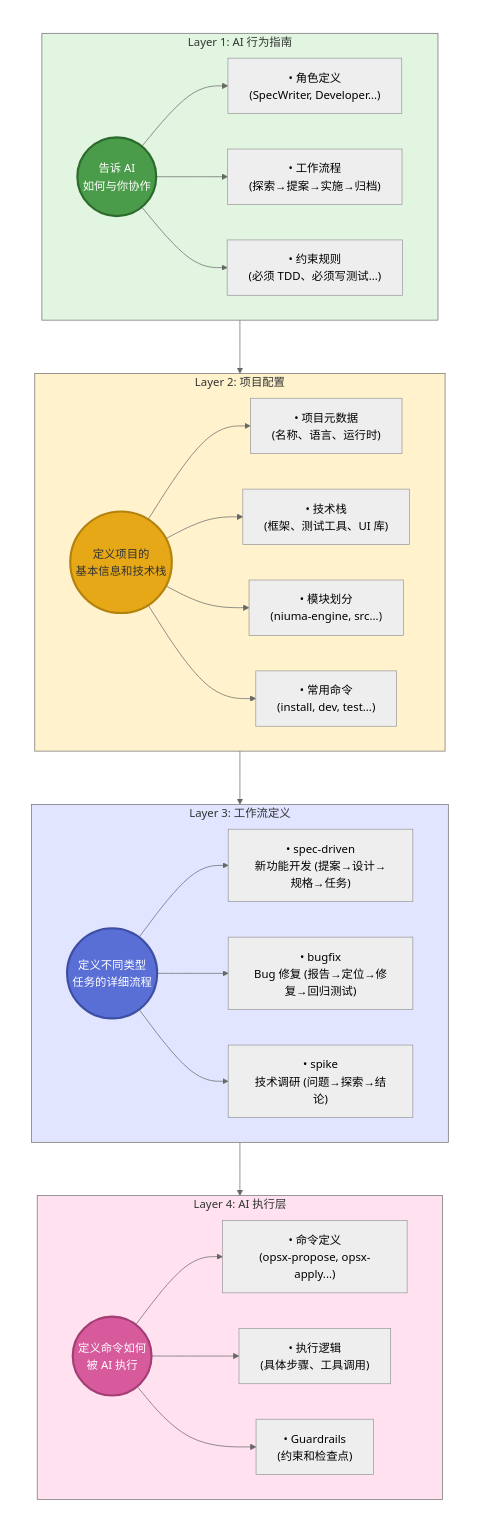
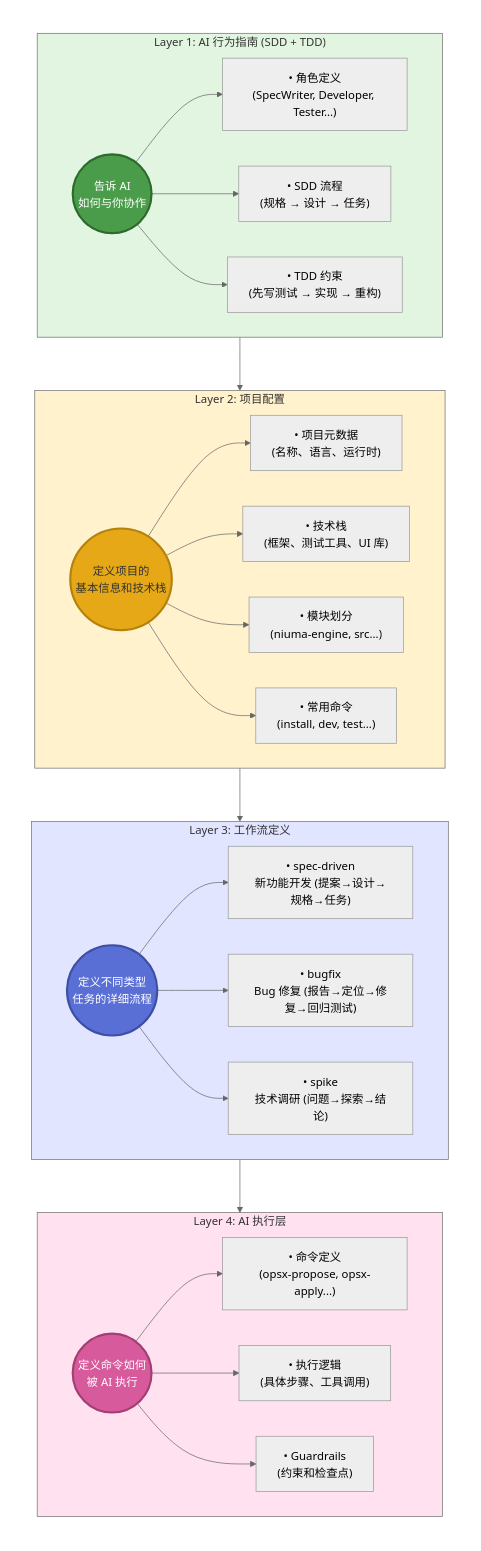
Before and after one commit to lihaizhong/communism: the first of 2 diagrams in openspec-opc/README.md, drawn with Mermaid (neutral theme). The commit also changed other lines of this file, not shown here.

First line of the commit message:
docs: 明确说明 SDD + TDD 方法论

````diff
--- a/openspec-opc/README.md
+++ b/openspec-opc/README.md
@@ -35,51 +52,51 @@
 ```mermaid
 flowchart TB
     subgraph Wrapper[" "]
         direction TB
 
-        subgraph Layer1["Layer 1: AI 行为指南"]
+        subgraph Layer1["Layer 1: AI 行为指南 (SDD + TDD)"]
             L1A(("告诉 AI<br/>如何与你协作"))
-            L1A --> L1B["• 角色定义<br/>(SpecWriter, Developer...)"]
-            L1A --> L1C["• 工作流程<br/>(探索→提案→实施→归档)"]
-            L1A --> L1D["• 约束规则<br/>(必须 TDD、必须写测试...)"]
+            L1A --> L1B["• 角色定义<br/>(SpecWriter, Developer, Tester...)"]
+            L1A --> L1C["• SDD 流程<br/>(规格 → 设计 → 任务)"]
+            L1A --> L1D["• TDD 约束<br/>(先写测试 → 实现 → 重构)"]
         end
 
         subgraph Layer2["Layer 2: 项目配置"]
             L2A(("定义项目的<br/>基本信息和技术栈"))
             L2A --> L2B["• 项目元数据<br/>(名称、语言、运行时)"]
             L2A --> L2C["• 技术栈<br/>(框架、测试工具、UI 库)"]
             L2A --> L2D["• 模块划分<br/>(niuma-engine, src...)"]
             L2A --> L2E["• 常用命令<br/>(install, dev, test...)"]
         end
 
         subgraph Layer3["Layer 3: 工作流定义"]
             L3A(("定义不同类型<br/>任务的详细流程"))
             L3A --> L3B["• spec-driven<br/>新功能开发 (提案→设计→规格→任务)"]
             L3A --> L3C["• bugfix<br/>Bug 修复 (报告→定位→修复→回归测试)"]
             L3A --> L3D["• spike<br/>技术调研 (问题→探索→结论)"]
         end
 
         subgraph Layer4["Layer 4: AI 执行层"]
             L4A(("定义命令如何<br/>被 AI 执行"))
             L4A --> L4B["• 命令定义<br/>(opsx-propose, opsx-apply...)"]
             L4A --> L4C["• 执行逻辑<br/>(具体步骤、工具调用)"]
             L4A --> L4D["• Guardrails<br/>(约束和检查点)"]
         end
 
         Layer1 --> Layer2
         Layer2 --> Layer3
         Layer3 --> Layer4
     end
 
     style Layer1 fill:#e1f5e1
     style Layer2 fill:#fff2cc
     style Layer3 fill:#e1e5ff
     style Layer4 fill:#ffe1f0
     style Wrapper fill:none,stroke:none
 
     %% 中心节点样式
     style L1A fill:#4a9c4a,stroke:#2d6a2d,stroke-width:3px,color:#fff
     style L2A fill:#e6a817,stroke:#b3820d,stroke-width:3px,color:#333
     style L3A fill:#5a6fd6,stroke:#3d4fa3,stroke-width:3px,color:#fff
     style L4A fill:#d65a9c,stroke:#a33d73,stroke-width:3px,color:#fff
 ```
````
